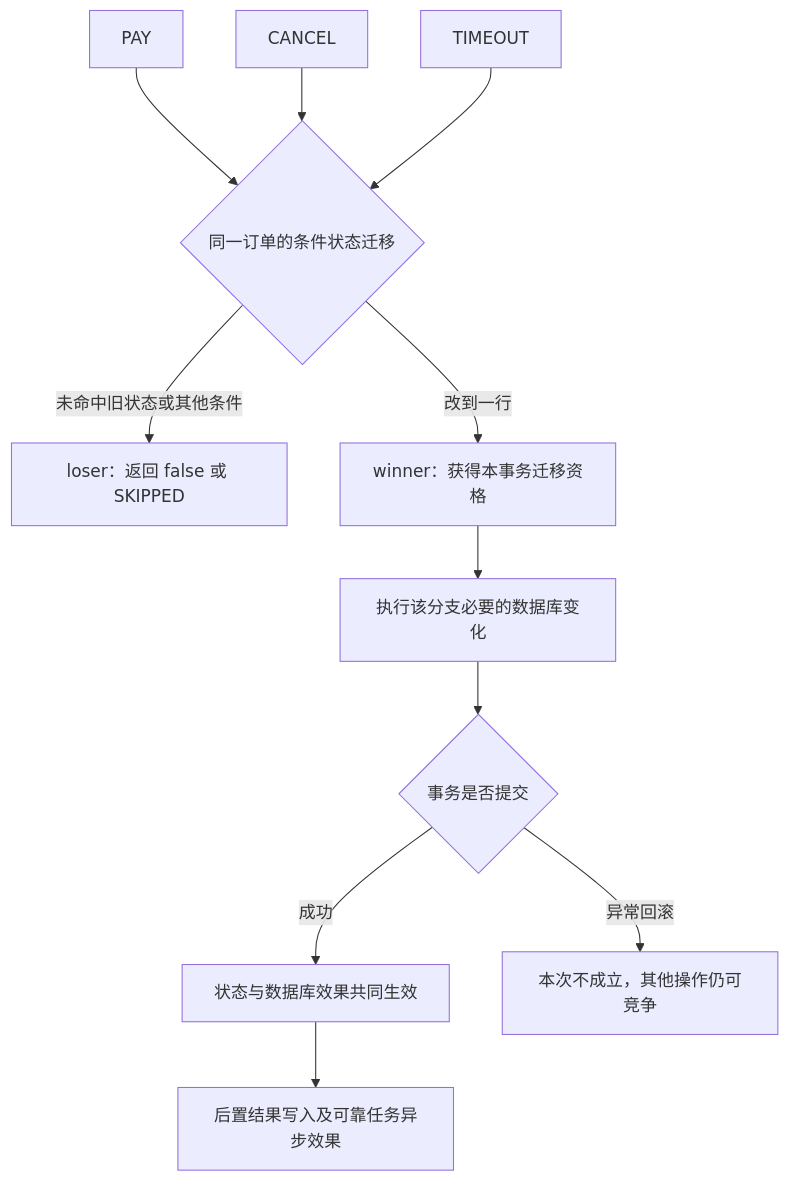
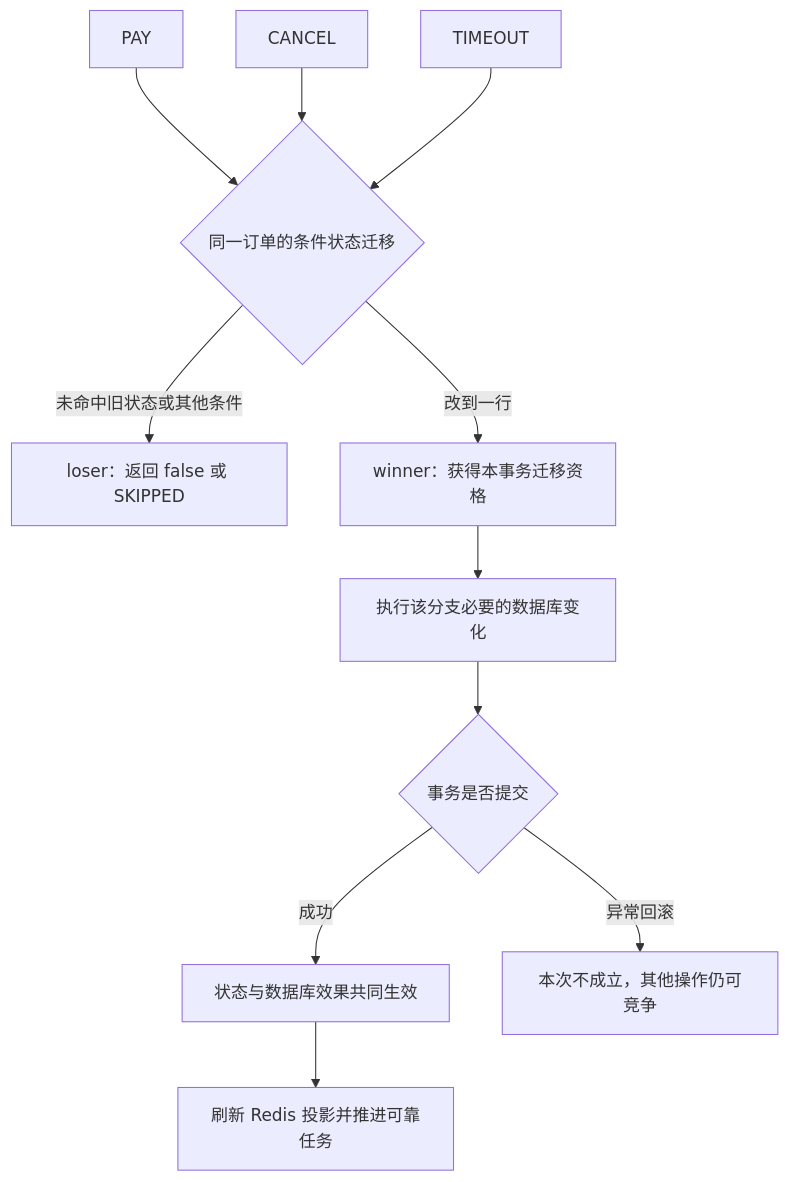
The fifth of 8 diagrams in 02-订单状态机与并发控制.md (SyH-101/citypass-platform), drawn with Mermaid before and after one commit. The commit also changed other lines of this file and 1 other file, not shown here.

````diff
--- a/02-订单状态机与并发控制.md
+++ b/02-订单状态机与并发控制.md
@@ -788,13 +789,13 @@
 ```mermaid
 flowchart TD
     P[PAY] --> C{同一订单的条件状态迁移}
     A[CANCEL] --> C
     T[TIMEOUT] --> C
     C -->|未命中旧状态或其他条件| L[loser：返回 false 或 SKIPPED]
     C -->|改到一行| W[winner：获得本事务迁移资格]
     W --> E[执行该分支必要的数据库变化]
     E --> K{事务是否提交}
     K -->|成功| S[状态与数据库效果共同生效]
     K -->|异常回滚| R[本次不成立，其他操作仍可竞争]
-    S --> X[后置结果写入及可靠任务异步效果]
+    S --> X[刷新 Redis 投影并推进可靠任务]
 ```
````
